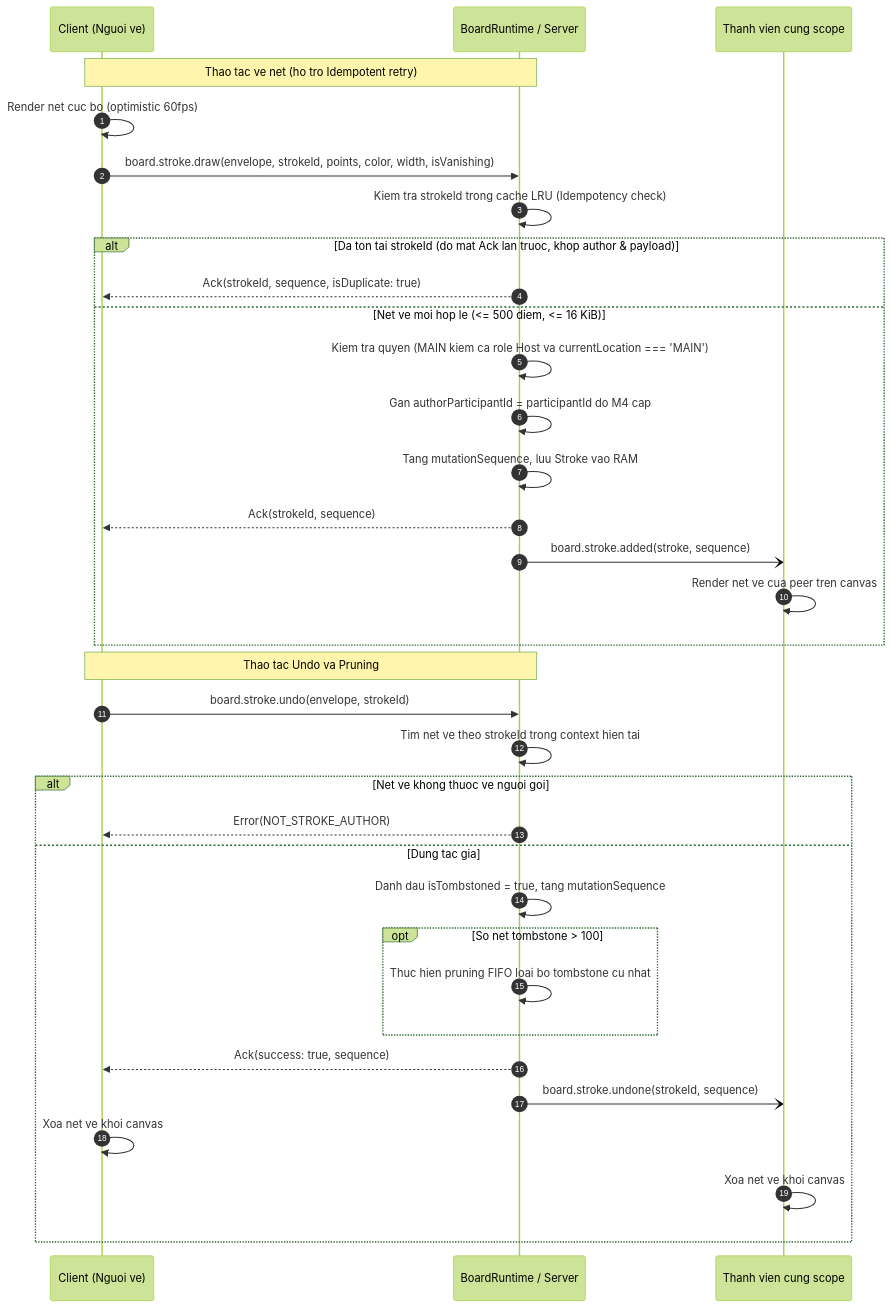
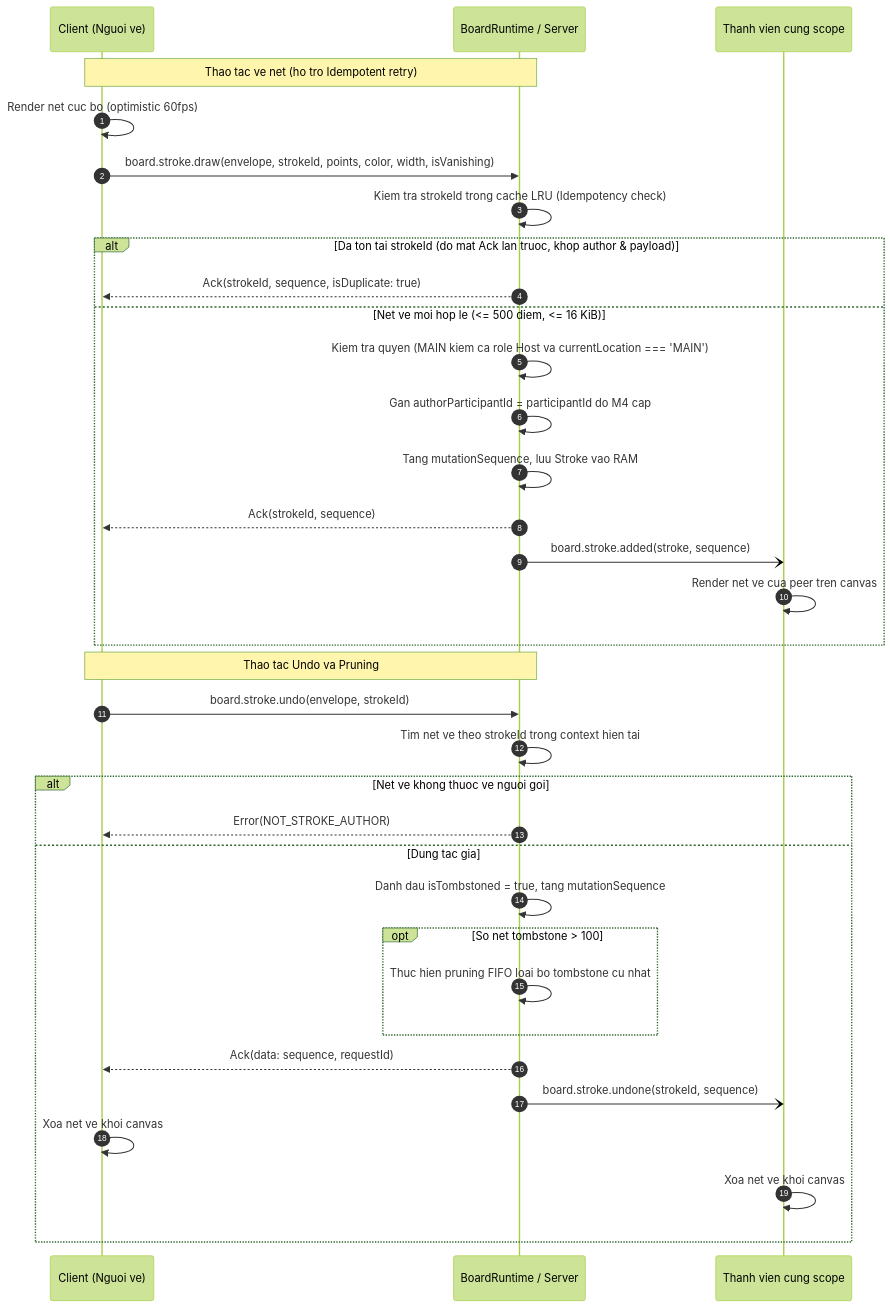
One commit to Lightning1507/CoLearnia changed the seventh of 12 diagrams in docs/proposals/m5-board.md. Above: the diagram before and after it, drawn with Mermaid (forest theme). The commit also changed other lines of this file and 11 other files, not shown here.

````diff
--- a/docs/proposals/m5-board.md
+++ b/docs/proposals/m5-board.md
@@ -625,38 +629,38 @@
 ```mermaid
 sequenceDiagram
   autonumber
   participant C as Client (Nguoi ve)
   participant S as BoardRuntime / Server
   participant P as Thanh vien cung scope
 
   Note over C,S: Thao tac ve net (ho tro Idempotent retry)
   C->>C: Render net cuc bo (optimistic 60fps)
   C->>S: board.stroke.draw(envelope, strokeId, points, color, width, isVanishing)
   S->>S: Kiem tra strokeId trong cache LRU (Idempotency check)
   alt Da ton tai strokeId (do mat Ack lan truoc, khop author & payload)
     S-->>C: Ack(strokeId, sequence, isDuplicate: true)
   else Net ve moi hop le (<= 500 diem, <= 16 KiB)
     S->>S: Kiem tra quyen (MAIN kiem ca role Host va currentLocation === 'MAIN')
     S->>S: Gan authorParticipantId = participantId do M4 cap
     S->>S: Tang mutationSequence, luu Stroke vao RAM
     S-->>C: Ack(strokeId, sequence)
     S-)P: board.stroke.added(stroke, sequence)
     P->>P: Render net ve cua peer tren canvas
   end
 
   Note over C,S: Thao tac Undo va Pruning
   C->>S: board.stroke.undo(envelope, strokeId)
   S->>S: Tim net ve theo strokeId trong context hien tai
   alt Net ve khong thuoc ve nguoi goi
     S-->>C: Error(NOT_STROKE_AUTHOR)
   else Dung tac gia
     S->>S: Danh dau isTombstoned = true, tang mutationSequence
     opt So net tombstone > 100
       S->>S: Thuc hien pruning FIFO loai bo tombstone cu nhat
     end
-    S-->>C: Ack(success: true, sequence)
+    S-->>C: Ack(data: sequence, requestId)
     S-)P: board.stroke.undone(strokeId, sequence)
     C->>C: Xoa net ve khoi canvas
     P->>P: Xoa net ve khoi canvas
   end
 ```
````
